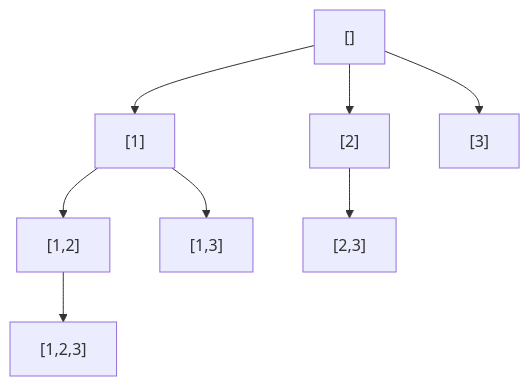
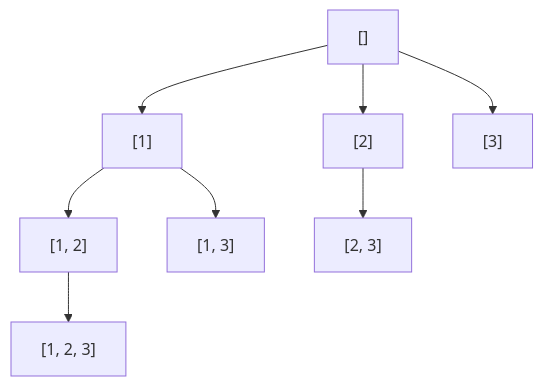
Before and after one commit to davidchen0970/algorithm_note: the second of 3 diagrams in 05_recursion_backtracking/22_backtracking.md, drawn with Mermaid. The commit also changed other lines of this file, not shown here.

````diff
--- a/05_recursion_backtracking/22_backtracking.md
+++ b/05_recursion_backtracking/22_backtracking.md
@@ -308,10 +295,10 @@
 ```mermaid
 graph TD
     A["[]"] --> B["[1]"]
-    B --> C["[1,2]"]
-    C --> D["[1,2,3]"]
-    B --> E["[1,3]"]
+    B --> C["[1, 2]"]
+    C --> D["[1, 2, 3]"]
+    B --> E["[1, 3]"]
     A --> F["[2]"]
-    F --> G["[2,3]"]
+    F --> G["[2, 3]"]
     A --> H["[3]"]
 ```
````
